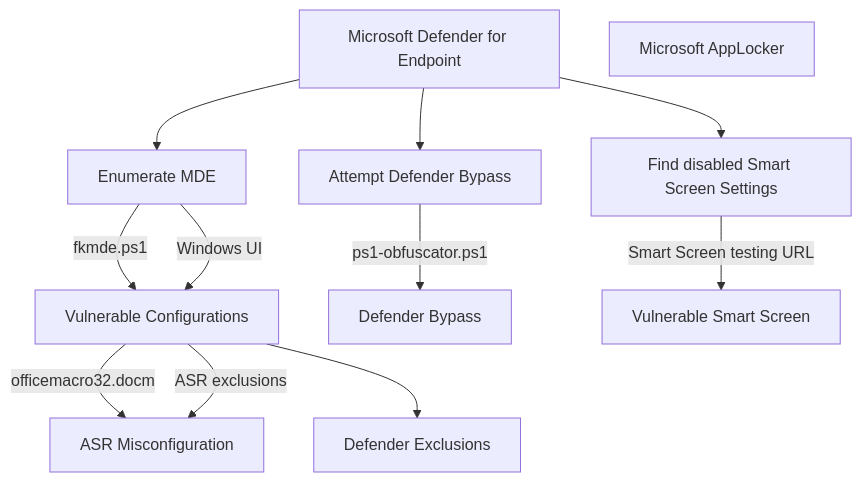
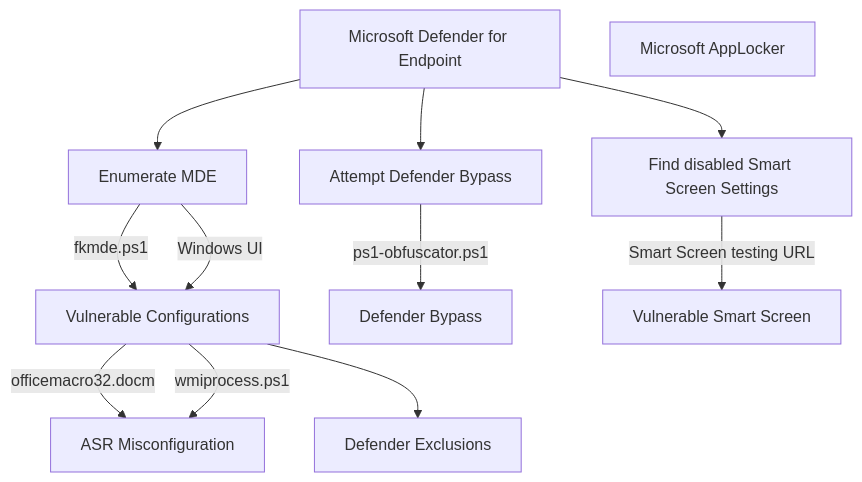
The diagram in README.md (fkxdr/fkxdr-mindmaps), drawn with Mermaid before and after one commit.

````diff
--- a/README.md
+++ b/README.md
@@ -7,18 +7,18 @@
 ```mermaid
 flowchart TD
     MDE[ Microsoft Defender for Endpoint ]
     MDE --> MDEENUM[ Enumerate MDE ]
     MDEENUM --> | fkmde.ps1 | MDEVULN[ Vulnerable Configurations ]
     MDEENUM --> |  Windows UI | MDEVULN[ Vulnerable Configurations ]
     MDEVULN --> | officemacro32.docm | MDEASR[ ASR Misconfiguration ]
-    MDEVULN --> | ASR exclusions | MDEASR
+    MDEVULN --> | wmiprocess.ps1 | MDEASR
     MDEVULN --> MDEEXCLUSION[ Defender Exclusions ]
 
     MDE --> MDEBYPASS[ Attempt Defender Bypass ]
     MDEBYPASS --> | ps1-obfuscator.ps1 | MDEBYPASS2[ Defender Bypass ]
 
     MDE --> MDESSCR[ Find disabled Smart Screen Settings ]
     MDESSCR --> | Smart Screen testing URL | MDESSCR2[ Vulnerable Smart Screen ]
 
     APP[ Microsoft AppLocker ]
 ```
````
